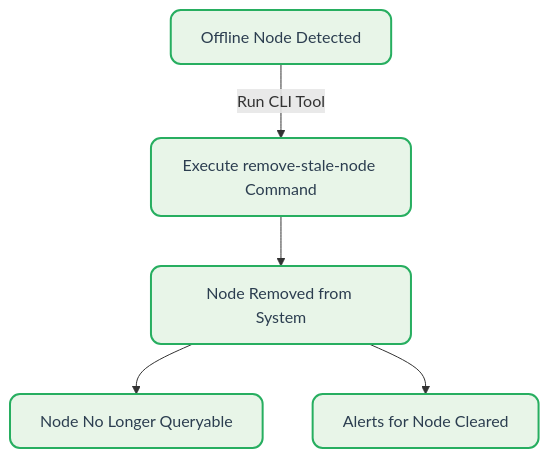
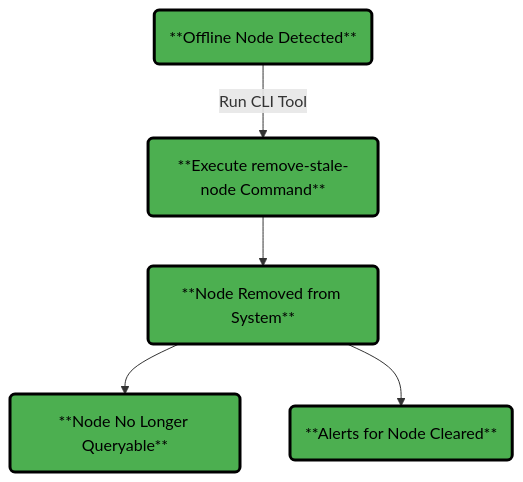
One commit to netdata/netdata changed the third of 4 diagrams in docs/nodes-ephemerality.md. Above: the diagram before and after it, drawn with Mermaid. The commit also changed other lines of this file, not shown here.

````diff
--- a/docs/nodes-ephemerality.md
+++ b/docs/nodes-ephemerality.md
@@ -129,14 +130,9 @@
 ```mermaid
 flowchart TD
-    A[Offline Node Detected] -->|Run CLI Tool| B[Execute remove-stale-node Command]
-    B --> C[Node Removed from System]
-    C --> D[Node No Longer Queryable]
-    C --> E[Alerts for Node Cleared]
-    classDef step fill: #e8f5e8, stroke: #27ae60, stroke-width: 2px, color: #2c3e50, rx: 10, ry: 10
-    classDef alert fill: #ffe8e8, stroke: #e74c3c, stroke-width: 2px, color: #2c3e50, rx: 10, ry: 10
-    class A step
-    class B step
-    class C step
-    class D step
-    class E step
+    A("**Offline Node Detected**") -->|Run CLI Tool| B("**Execute remove-stale-node Command**")
+    B --> C("**Node Removed from System**")
+    C --> D("**Node No Longer Queryable**")
+    C --> E("**Alerts for Node Cleared**")
+    classDef step fill:#4caf50,stroke:#000000,stroke-width:3px,color:#000000,font-size:16px
+    class A,B,C,D,E step
 ```
````
